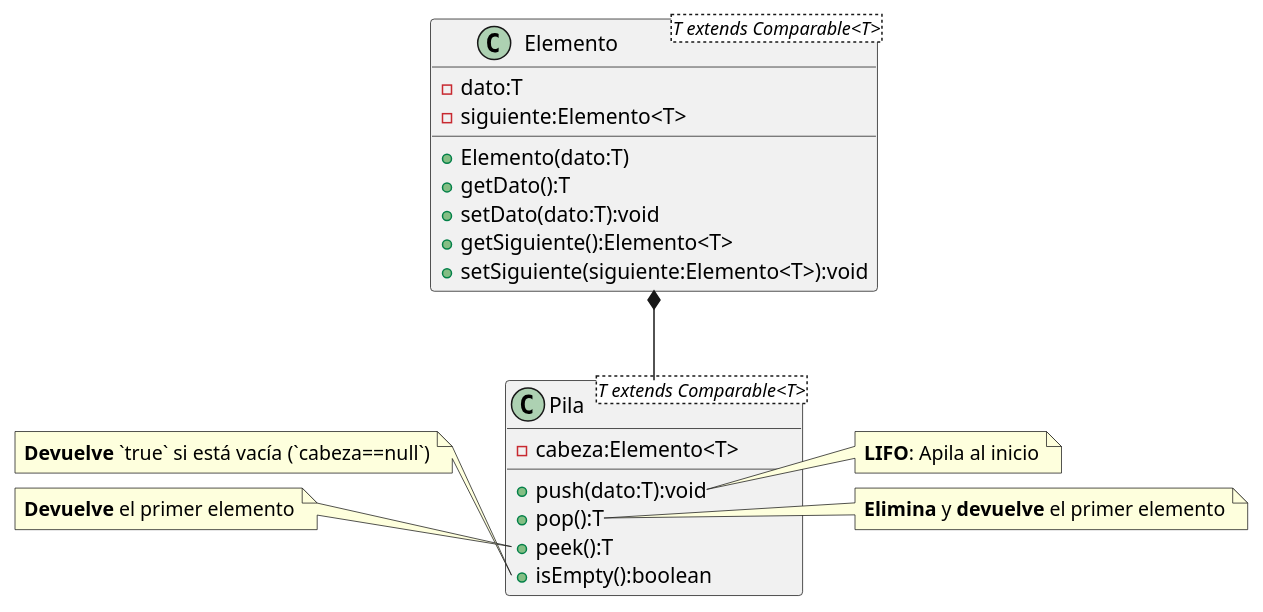
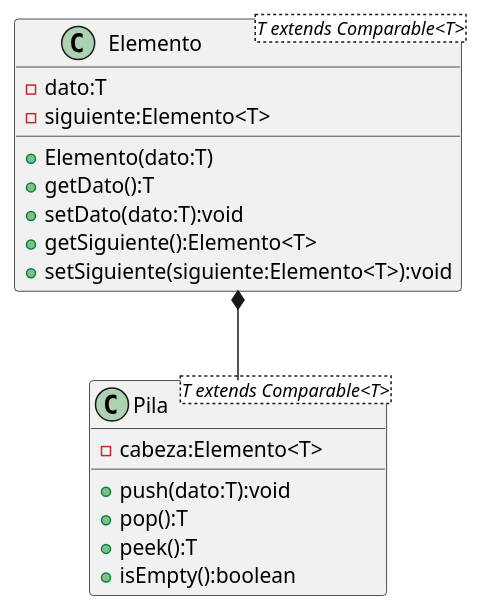
The diagram in src/EstructurasdeDatos/Pila/Diagrama Pila.puml (hugob-gl07/Estructura-Datos-Equipo), drawn with PlantUML before and after one commit. The commit also changed 40 other files, not shown here.

```diff
--- a/src/EstructurasdeDatos/Pila/Diagrama Pila.puml
+++ b/src/EstructurasdeDatos/Pila/Diagrama Pila.puml
@@ -1,34 +1,19 @@
 @startuml
 class Elemento<T extends Comparable<T>>{
     - dato:T
     - siguiente:Elemento<T>
     + Elemento(dato:T)
     + getDato():T
     + setDato(dato:T):void
     + getSiguiente():Elemento<T>
     + setSiguiente(siguiente:Elemento<T>):void
 }
 class Pila<T extends Comparable<T>>{
     - cabeza:Elemento<T>
     + push(dato:T):void
     + pop():T
     + peek():T
     + isEmpty():boolean
 }
-note right of Pila::push
-**LIFO**: Apila al inicio
-end note
-
-note right of Pila::pop
-**Elimina** y **devuelve** el primer elemento
-end note
-
-note left of Pila::isEmpty
-**Devuelve** `true` si está vacía (`cabeza==null`)
-end note
-
-note left of Pila::peek()
-**Devuelve** el primer elemento
-end note
 Elemento *-- Pila
 @enduml
```
